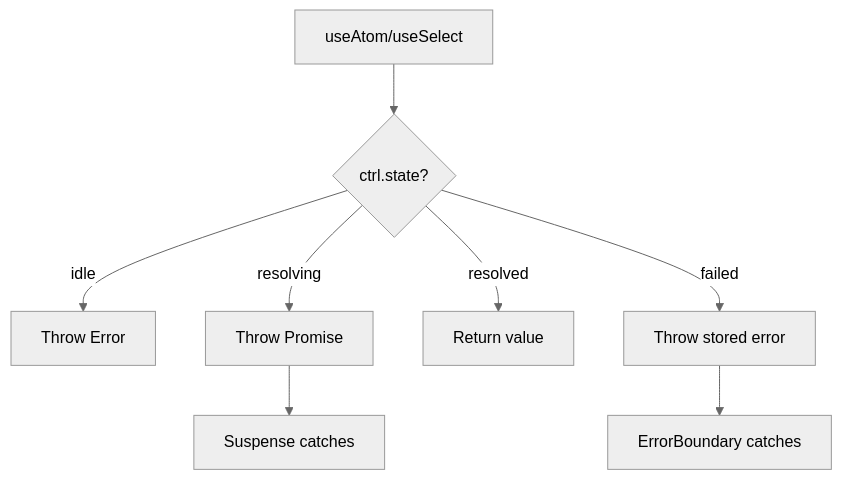
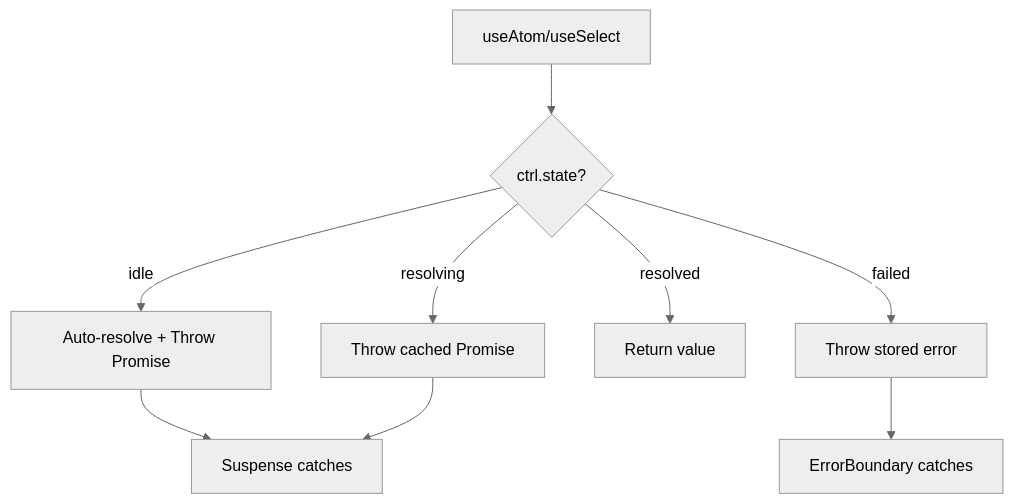
One commit to pumped-fn/pumped-fn changed the second of 3 diagrams in packages/react-lite/README.md. Above: the diagram before and after it, drawn with Mermaid (neutral theme). The commit also changed other lines of this file and 5 other files, not shown here.

````diff
--- a/packages/react-lite/README.md
+++ b/packages/react-lite/README.md
@@ -34,13 +34,14 @@
 ```mermaid
 flowchart TD
     Hook[useAtom/useSelect]
     Hook --> State{ctrl.state?}
 
-    State -->|idle| Error[Throw Error]
-    State -->|resolving| Promise[Throw Promise]
+    State -->|idle| AutoResolve[Auto-resolve + Throw Promise]
+    State -->|resolving| Promise[Throw cached Promise]
     State -->|resolved| Value[Return value]
     State -->|failed| Stored[Throw stored error]
 
-    Promise --> Suspense[Suspense catches]
+    AutoResolve --> Suspense[Suspense catches]
+    Promise --> Suspense
     Stored --> ErrorBoundary[ErrorBoundary catches]
 ```
````
